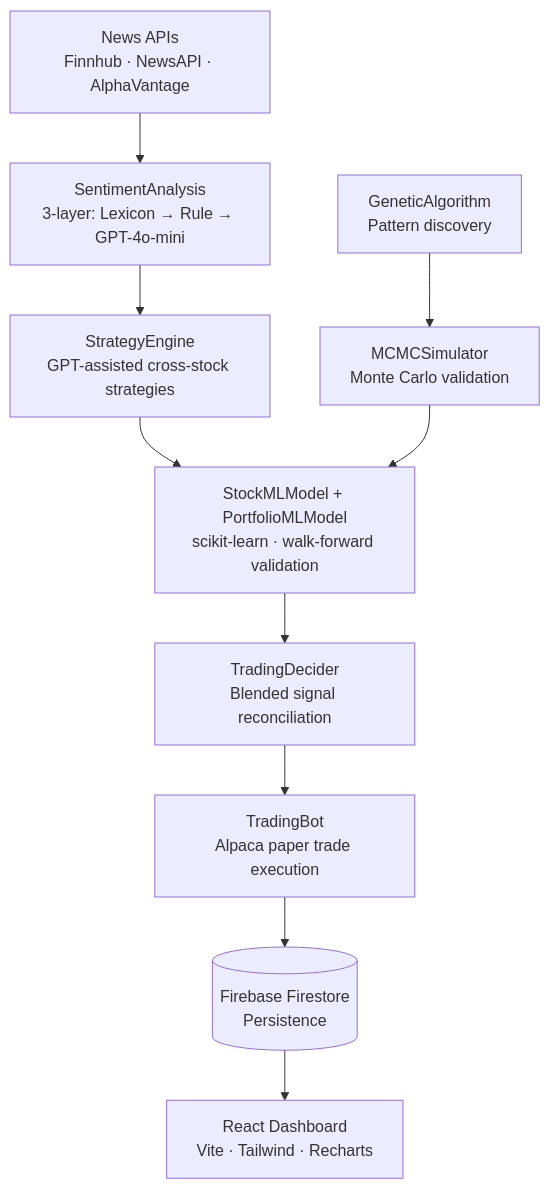
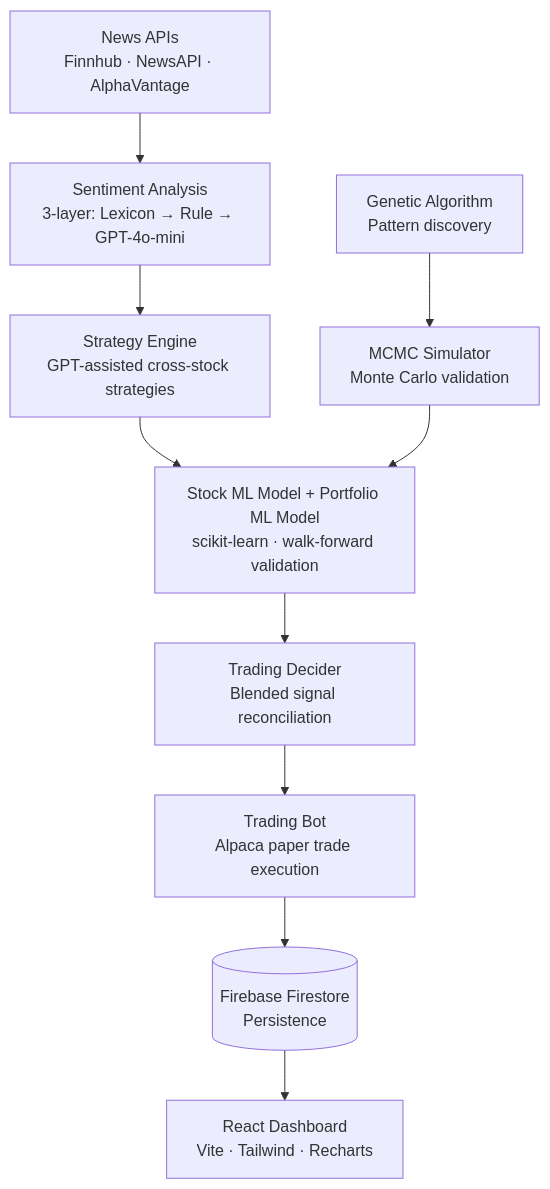
One commit to Haripratiik/Stock-Portfolio-Optimizer changed the diagram in README.md. Above: the diagram before and after it, drawn with Mermaid.

Commit message:
Fix formatting and spacing in architecture diagram

````diff
--- a/README.md
+++ b/README.md
@@ -20,14 +20,14 @@
 ```mermaid
 flowchart TD
-    A[News APIs\nFinnhub · NewsAPI · AlphaVantage] --> B[SentimentAnalysis\n3-layer: Lexicon → Rule → GPT-4o-mini]
-    B --> C[StrategyEngine\nGPT-assisted cross-stock strategies]
-    C --> D[StockMLModel + PortfolioMLModel\nscikit-learn · walk-forward validation]
-    D --> E[TradingDecider\nBlended signal reconciliation]
-    E --> F[TradingBot\nAlpaca paper trade execution]
+    A[News APIs\nFinnhub · NewsAPI · AlphaVantage] --> B[Sentiment Analysis\n3-layer: Lexicon → Rule → GPT-4o-mini]
+    B --> C[Strategy Engine\nGPT-assisted cross-stock strategies]
+    C --> D[Stock ML Model + Portfolio ML Model\nscikit-learn · walk-forward validation]
+    D --> E[Trading Decider\nBlended signal reconciliation]
+    E --> F[Trading Bot\nAlpaca paper trade execution]
 
-    G[GeneticAlgorithm\nPattern discovery] --> H[MCMCSimulator\nMonte Carlo validation]
+    G[Genetic Algorithm\nPattern discovery] --> H[MCMC Simulator\nMonte Carlo validation]
     H --> D
 
     F --> I[(Firebase Firestore\nPersistence)]
     I --> J[React Dashboard\nVite · Tailwind · Recharts]
 ```
````
